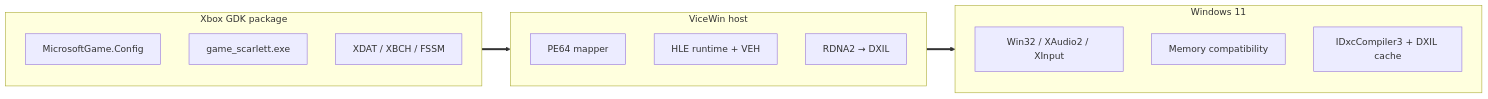
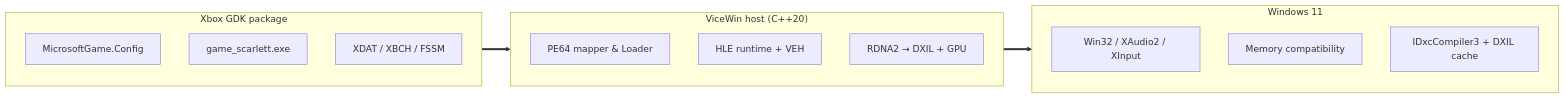
The diagram in README.md (SomeTweaks/ViceWin), drawn with Mermaid before and after one commit. The commit also changed other lines of this file, not shown here.

````diff
--- a/README.md
+++ b/README.md
@@ -63,22 +61,22 @@
 ```mermaid
 flowchart LR
     subgraph Package["Xbox GDK package"]
         A1["MicrosoftGame.Config"]
         A2["game_scarlett.exe"]
         A3["XDAT / XBCH / FSSM"]
     end
 
-    subgraph ViceWin["ViceWin host"]
-        B1["PE64 mapper"]
+    subgraph ViceWin["ViceWin host (C++20)"]
+        B1["PE64 mapper & Loader"]
         B2["HLE runtime + VEH"]
-        B3["RDNA2 → DXIL"]
+        B3["RDNA2 → DXIL + GPU"]
     end
 
     subgraph Windows["Windows 11"]
         C1["Win32 / XAudio2 / XInput"]
         C2["Memory compatibility"]
         C3["IDxcCompiler3 + DXIL cache"]
     end
 
     Package ==> ViceWin ==> Windows
 ```
````
